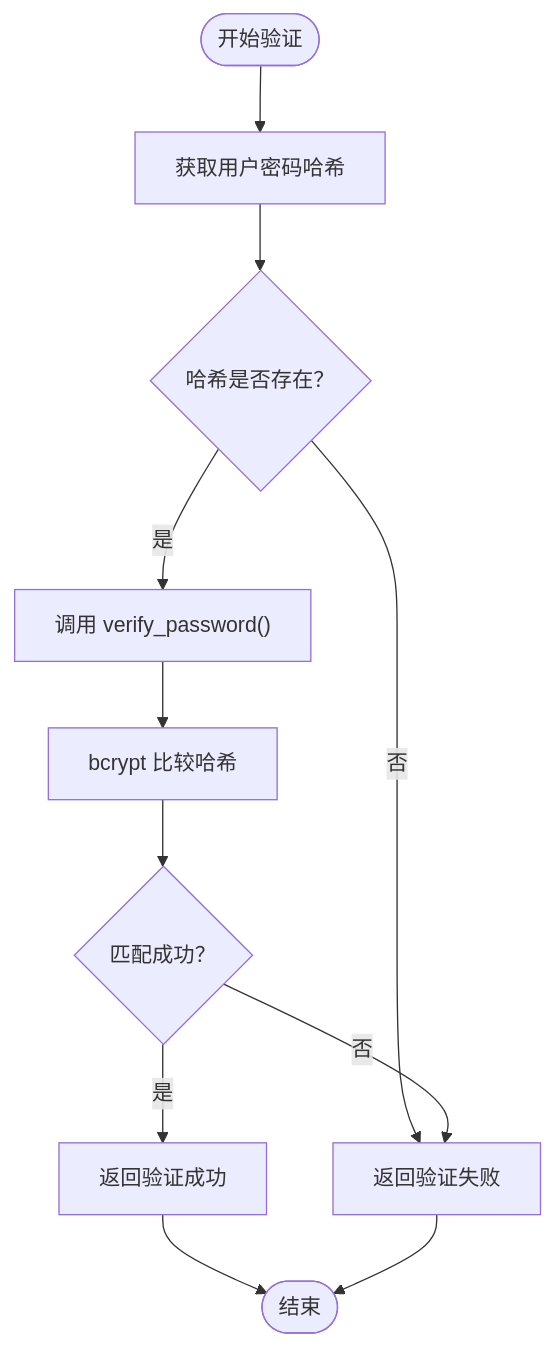
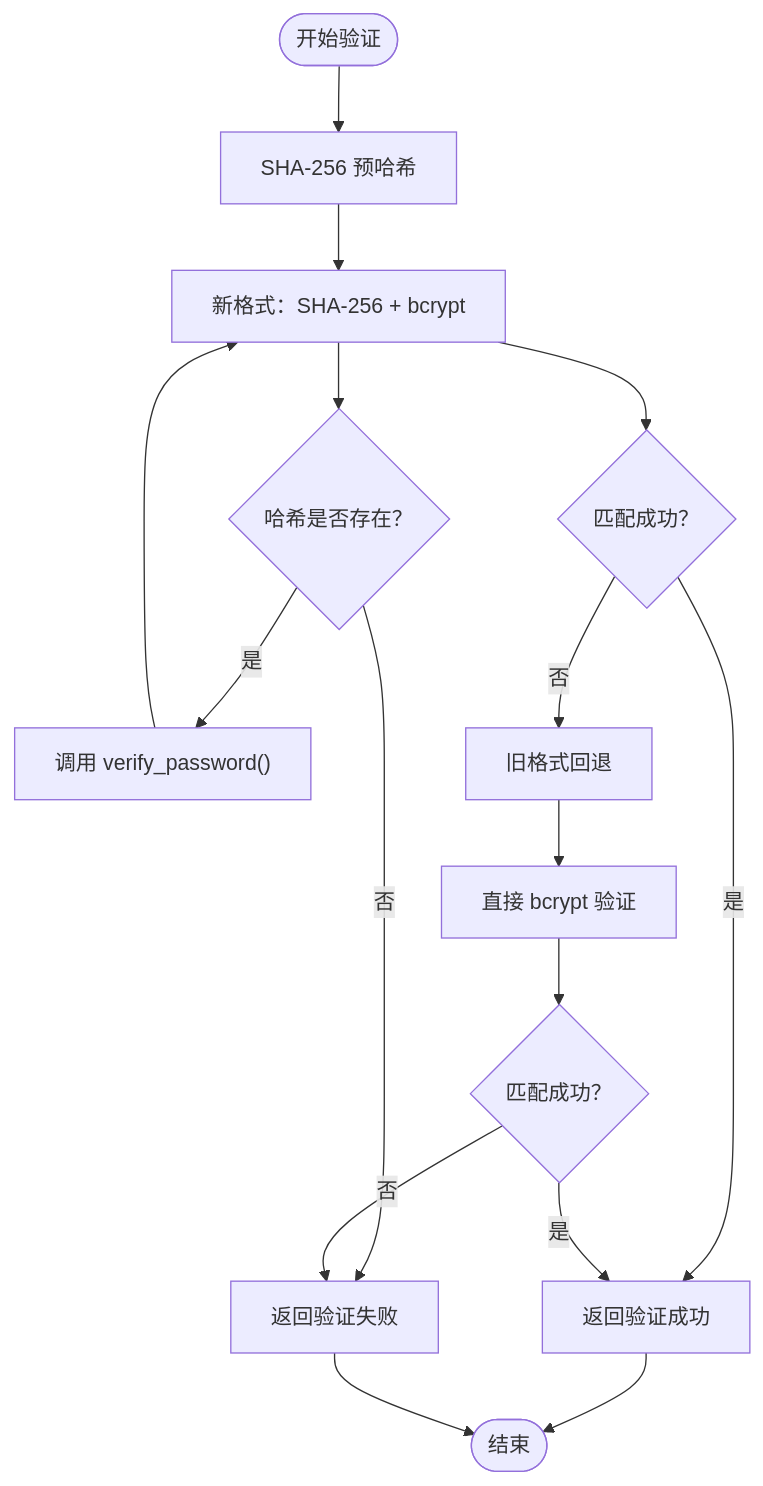
The fourth of 11 diagrams in .qoder/repowiki/zh/content/安全和认证/密码哈希与验证.md (selectzhangyuan/AI-photo-coach), drawn with Mermaid before and after one commit. The commit also changed other lines of this file and 28 other files, not shown here.

````diff
--- a/.qoder/repowiki/zh/content/安全和认证/密码哈希与验证.md
+++ b/.qoder/repowiki/zh/content/安全和认证/密码哈希与验证.md
@@ -181,13 +219,18 @@
 ```mermaid
 flowchart TD
-Start([开始验证]) --> GetHash["获取用户密码哈希"]
-GetHash --> CheckExists{"哈希是否存在？"}
+Start([开始验证]) --> Prehash["SHA-256 预哈希"]
+Prehash --> NewFormat["新格式验证"]
+NewFormat --> CheckExists{"哈希是否存在？"}
 CheckExists --> |否| ReturnFalse["返回验证失败"]
 CheckExists --> |是| CallVerify["调用 verify_password()"]
-CallVerify --> Compare["bcrypt 比较哈希"]
-Compare --> Match{"匹配成功？"}
+CallVerify --> NewFormat["新格式：SHA-256 + bcrypt"]
+NewFormat --> Match{"匹配成功？"}
 Match --> |是| ReturnTrue["返回验证成功"]
-Match --> |否| ReturnFalse
+Match --> |否| LegacyFallback["旧格式回退"]
+LegacyFallback --> DirectBcrypt["直接 bcrypt 验证"]
+DirectBcrypt --> LegacyMatch{"匹配成功？"}
+LegacyMatch --> |是| ReturnTrue
+LegacyMatch --> |否| ReturnFalse
 ReturnTrue --> End([结束])
 ReturnFalse --> End
 ```
````
